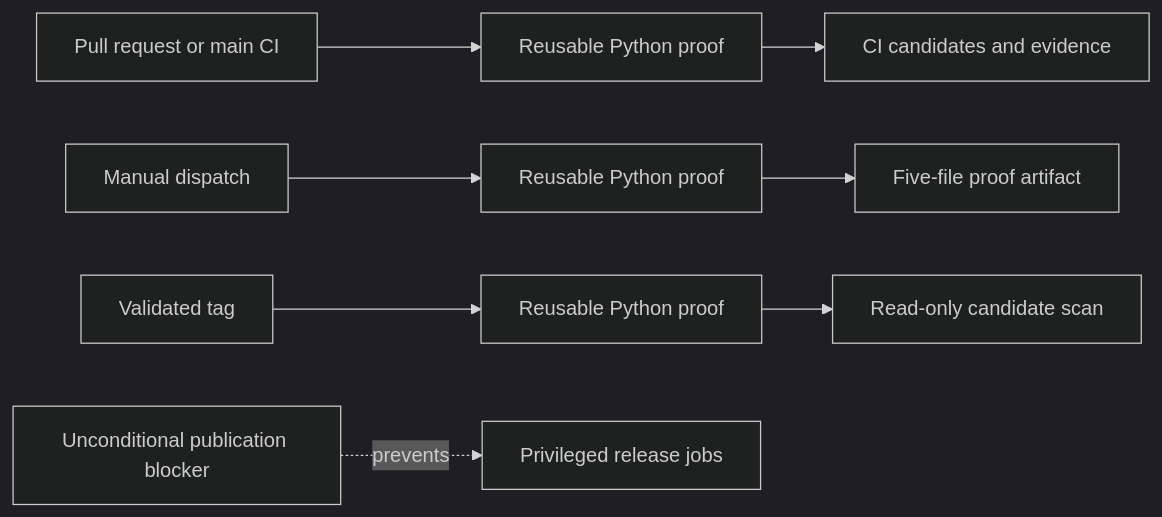
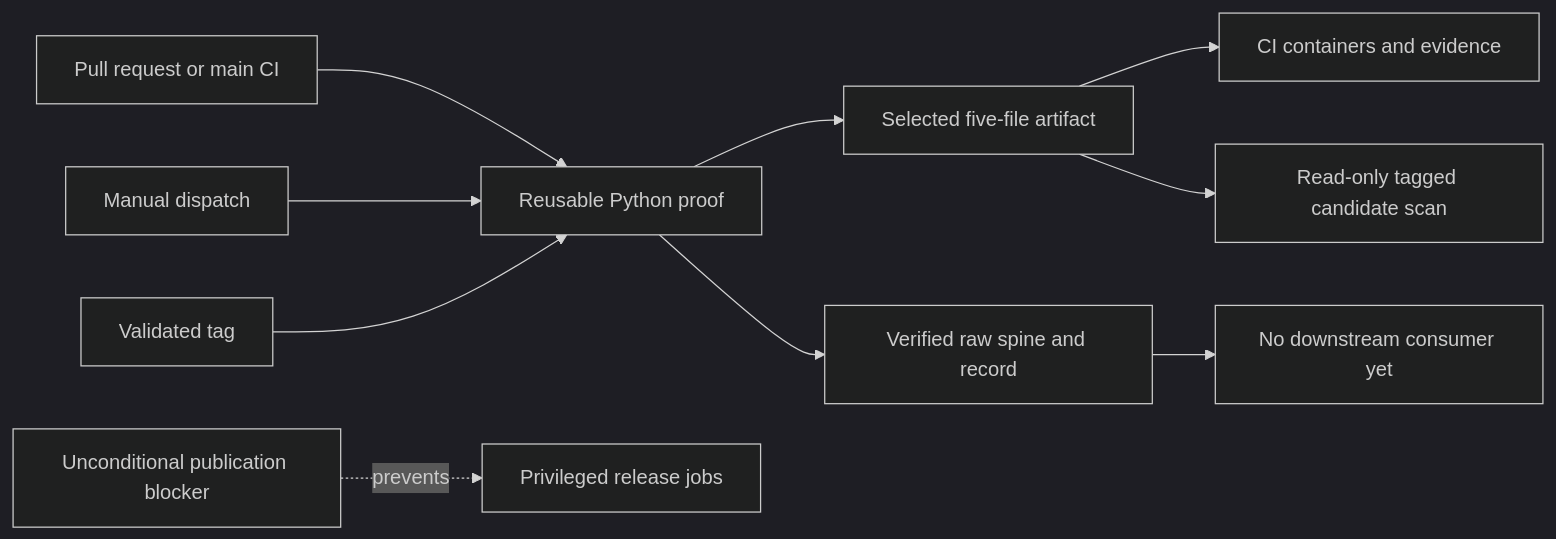
Before and after one commit to stampbot/extra-codeowners: the third of 3 diagrams in docs/explanation/architecture.md, drawn with Mermaid (dark theme). The commit also changed other lines of this file and 19 other files, not shown here.

First line of the commit message:
security: add raw Python distribution spine (#59)

````diff
--- a/docs/explanation/architecture.md
+++ b/docs/explanation/architecture.md
@@ -412,10 +412,12 @@
 ```mermaid
 flowchart LR
-    CI[Pull request or main CI] --> CIP[Reusable Python proof]
-    CIP --> CIC[CI candidates and evidence]
-    Manual[Manual dispatch] --> MP[Reusable Python proof]
-    MP --> MA[Five-file proof artifact]
-    Tag[Validated tag] --> TP[Reusable Python proof]
-    TP --> Scan[Read-only candidate scan]
+    CI[Pull request or main CI] --> Proof[Reusable Python proof]
+    Manual[Manual dispatch] --> Proof
+    Tag[Validated tag] --> Proof
+    Proof --> Selected[Selected five-file artifact]
+    Proof --> Raw[Verified raw spine and record]
+    Selected --> CIC[CI containers and evidence]
+    Selected --> Scan[Read-only tagged candidate scan]
+    Raw --> Stop[No downstream consumer yet]
     Gate[Unconditional publication blocker] -. prevents .-> Publish[Privileged release jobs]
 ```
````
